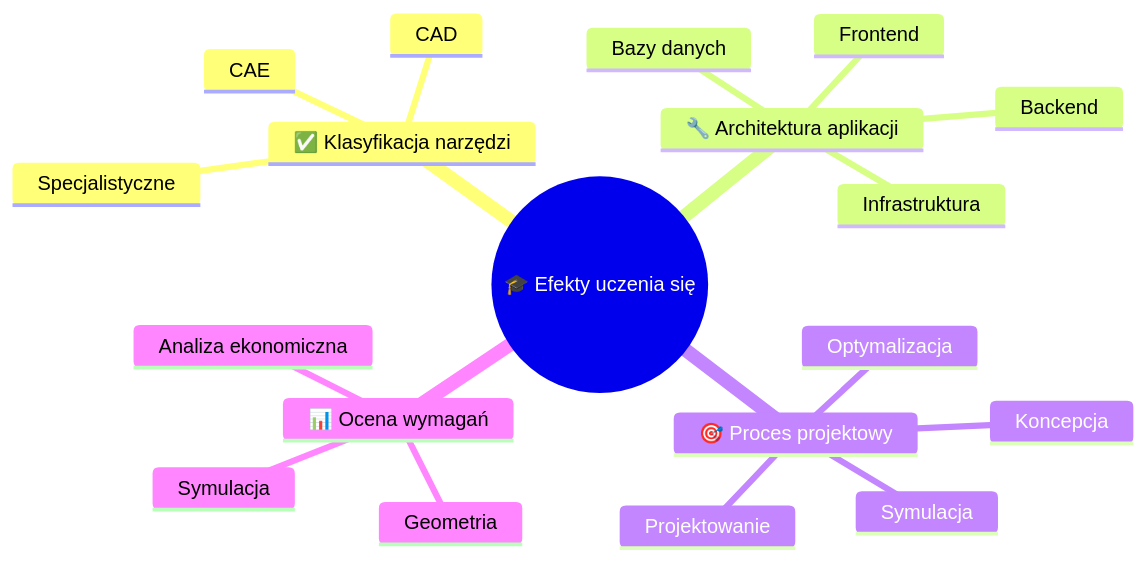
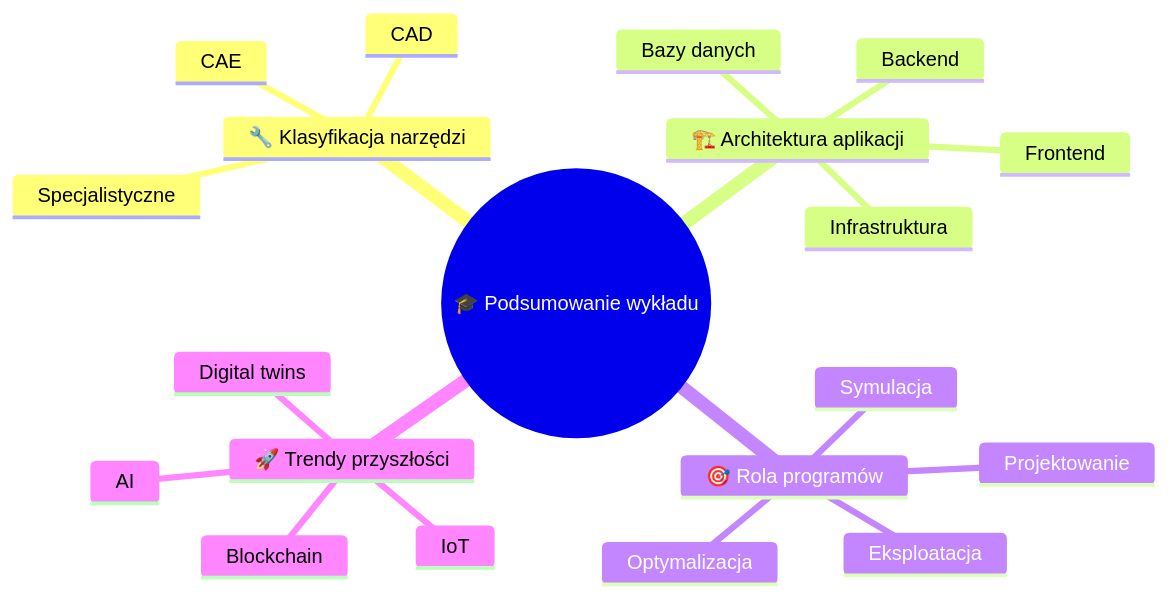
One commit to Viktar-T/OZE-projektowanie changed the diagram in oze-pr/docs/wyklady/wyklad-01-wprowadzenie/01-wprowadzenie-do-tematyki.mdx. Above: the diagram before and after it, drawn with Mermaid. The commit also changed other lines of this file and 6 other files, not shown here.

````diff
--- a/oze-pr/docs/wyklady/wyklad-01-wprowadzenie/01-wprowadzenie-do-tematyki.mdx
+++ b/oze-pr/docs/wyklady/wyklad-01-wprowadzenie/01-wprowadzenie-do-tematyki.mdx
@@ -76,22 +63,23 @@
 ```mermaid
 mindmap
-  root((🎓 Efekty uczenia się))
-    ✅ Klasyfikacja narzędzi
+  root((🎓 Podsumowanie wykładu))
+    🔧 Klasyfikacja narzędzi
       CAD
       CAE
       Specjalistyczne
-    🔧 Architektura aplikacji
+    🏗️ Architektura aplikacji
       Frontend
       Backend
       Bazy danych
       Infrastruktura
-    🎯 Proces projektowy
-      Koncepcja
+    🎯 Rola programów
       Projektowanie
       Symulacja
       Optymalizacja
-    📊 Ocena wymagań
-      Geometria
-      Symulacja
-      Analiza ekonomiczna
+      Eksploatacja
+    🚀 Trendy przyszłości
+      AI
+      IoT
+      Blockchain
+      Digital twins
 ```
````
